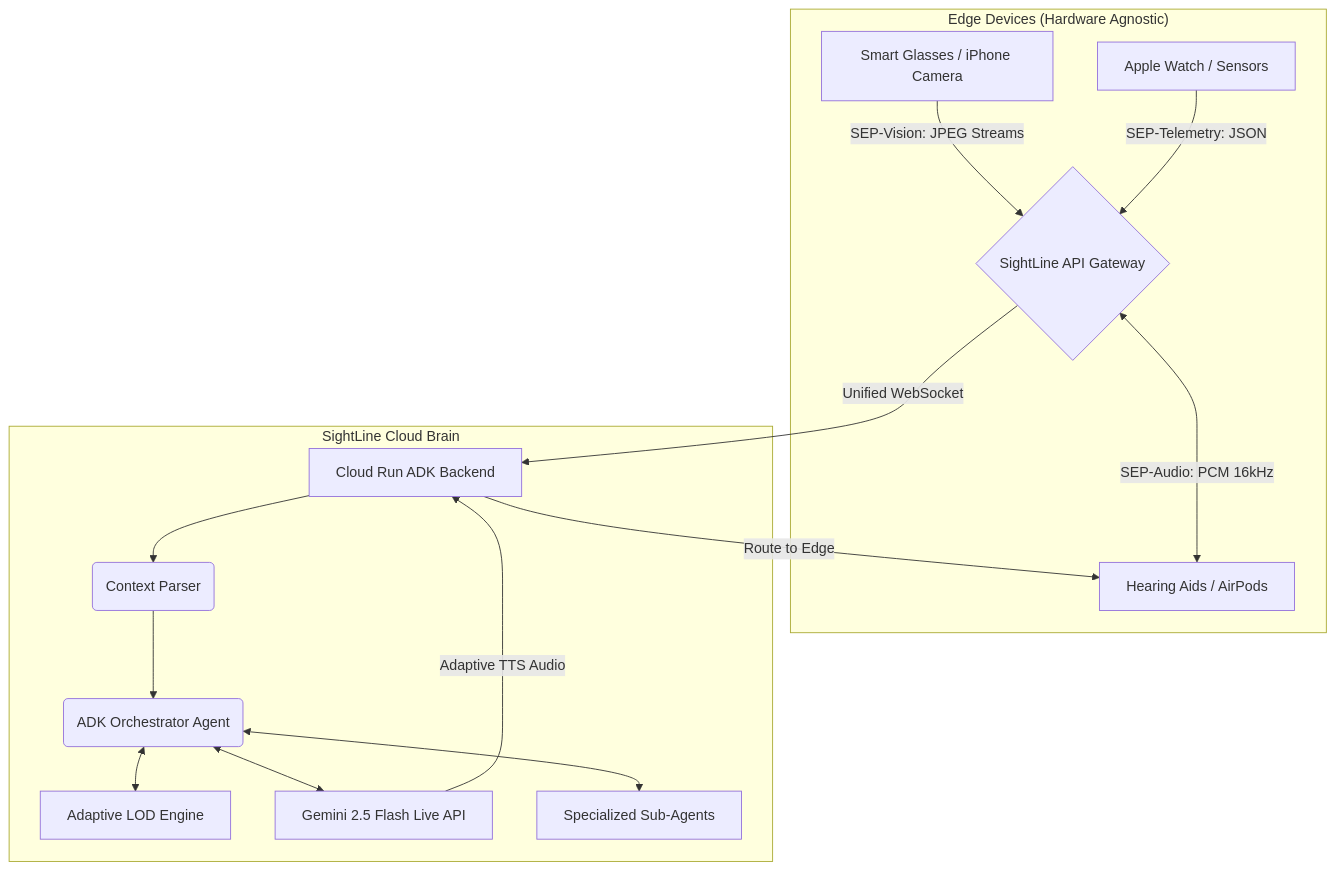
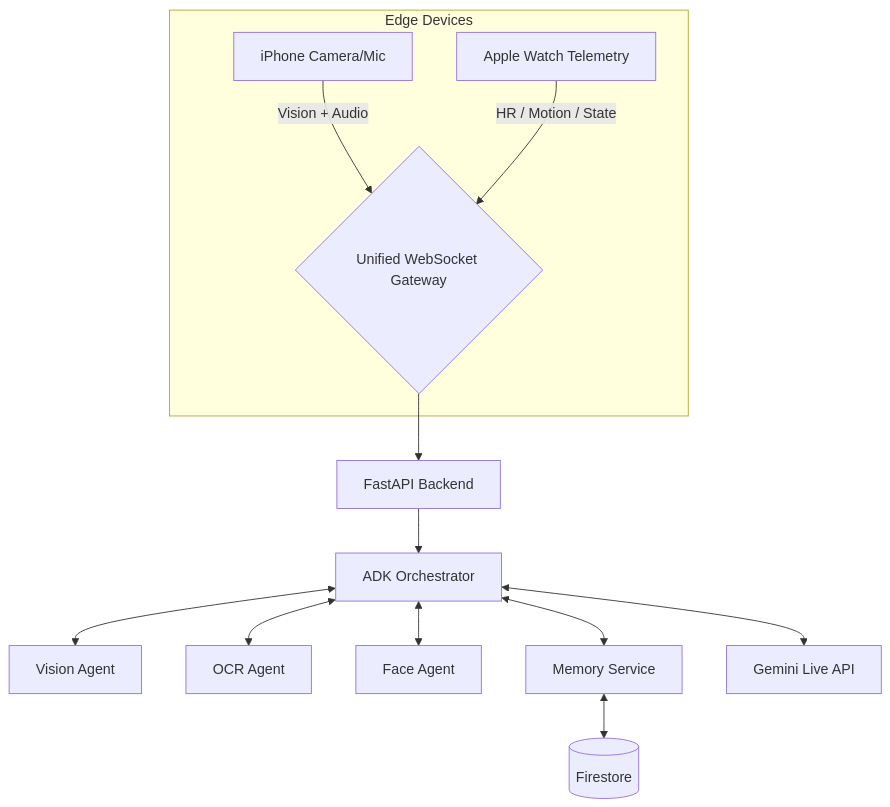
The diagram in README.md (SunflowersLwtech/ContextGen), drawn with Mermaid before and after one commit. The commit also changed other lines of this file, not shown here.

````diff
--- a/README.md
+++ b/README.md
@@ -31,21 +33,16 @@
 ```mermaid
 graph TD
-    subgraph Edge["Edge Devices (Hardware Agnostic)"]
-        A[Smart Glasses / iPhone Camera] -->|SEP-Vision: JPEG Streams| D{SightLine API Gateway}
-        B[Hearing Aids / AirPods] <-->|SEP-Audio: PCM 16kHz| D
-        C[Apple Watch / Sensors] -->|SEP-Telemetry: JSON| D
+    subgraph Edge[Edge Devices]
+        A[iPhone Camera/Mic] -->|Vision + Audio| D{Unified WebSocket Gateway}
+        B[Apple Watch Telemetry] -->|HR / Motion / State| D
     end
-    
-    D -->|Unified WebSocket| E[Cloud Run ADK Backend]
-    
-    subgraph Cloud["SightLine Cloud Brain"]
-        E --> F(Context Parser)
-        F --> G(ADK Orchestrator Agent)
-        G <--> H[Adaptive LOD Engine]
-        G <--> I[Gemini 2.5 Flash Live API]
-        G <--> J[Specialized Sub-Agents]
-    end
-    
-    I -->|Adaptive TTS Audio| E
-    E -->|Route to Edge| B
+
+    D --> E[FastAPI Backend]
+    E --> F[ADK Orchestrator]
+    F <--> G[Vision Agent]
+    F <--> H[OCR Agent]
+    F <--> I[Face Agent]
+    F <--> J[Memory Service]
+    F <--> K[Gemini Live API]
+    J <--> L[(Firestore)]
 ```
````
